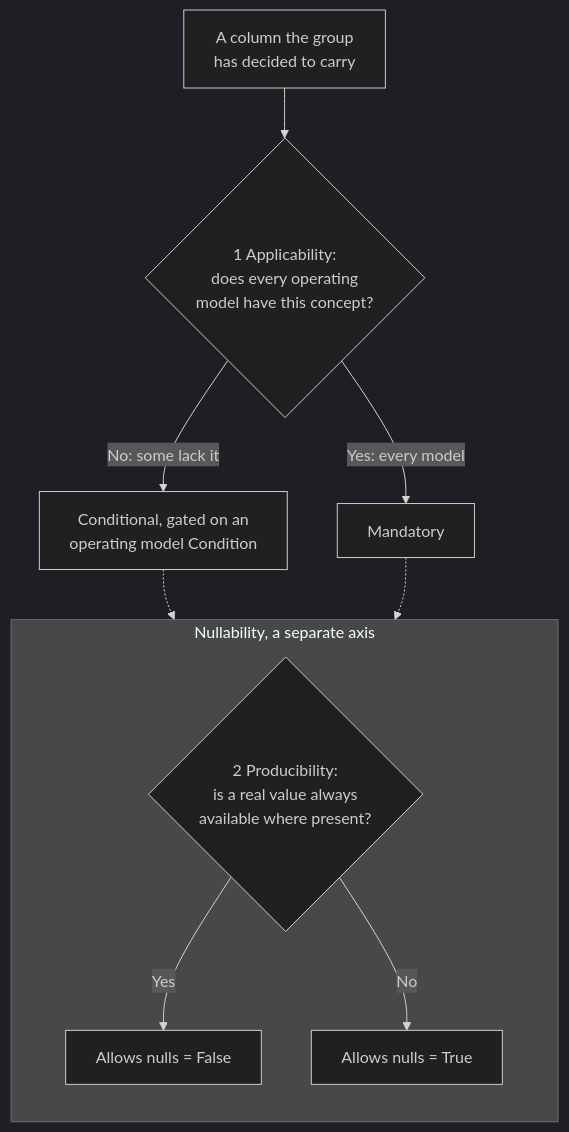
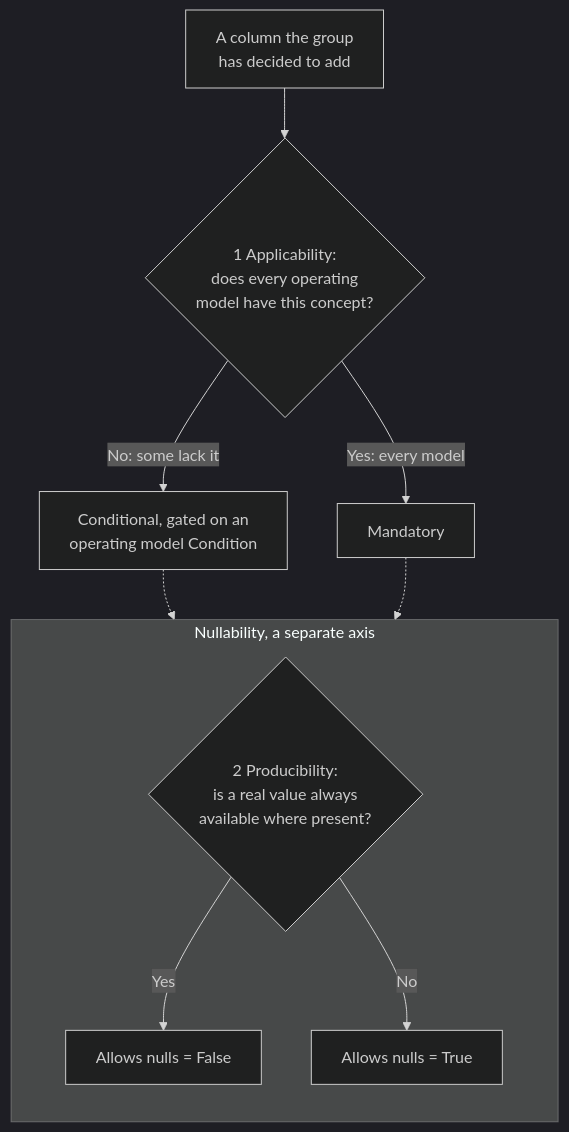
Before and after one commit to FinOps-Open-Cost-and-Usage-Spec/FOCUS_Spec: the diagram in guidelines/contributors/feature-level-rubric-guidelines.md, drawn with Mermaid (dark theme). The commit also changed other lines of this file and 2 other files, not shown here.

First line of the commit message:
Replace overloaded "carry" with scope-specific verbs

````diff
--- a/guidelines/contributors/feature-level-rubric-guidelines.md
+++ b/guidelines/contributors/feature-level-rubric-guidelines.md
@@ -99,13 +99,13 @@
 ```mermaid
 flowchart TD
-    A["A column the group<br/>has decided to carry"] --> E{"1 Applicability:<br/>does every operating<br/>model have this concept?"}
+    A["A column the group<br/>has decided to add"] --> E{"1 Applicability:<br/>does every operating<br/>model have this concept?"}
     E -->|"No: some lack it"| CD["Conditional, gated on an<br/>operating model Condition"]
     E -->|"Yes: every model"| M["Mandatory"]
     subgraph NUL["Nullability, a separate axis"]
         direction TB
         P{"2 Producibility:<br/>is a real value always<br/>available where present?"} -->|"Yes"| NF["Allows nulls = False"]
         P -->|"No"| NT["Allows nulls = True"]
     end
     CD -.-> P
     M -.-> P
 ```
````
